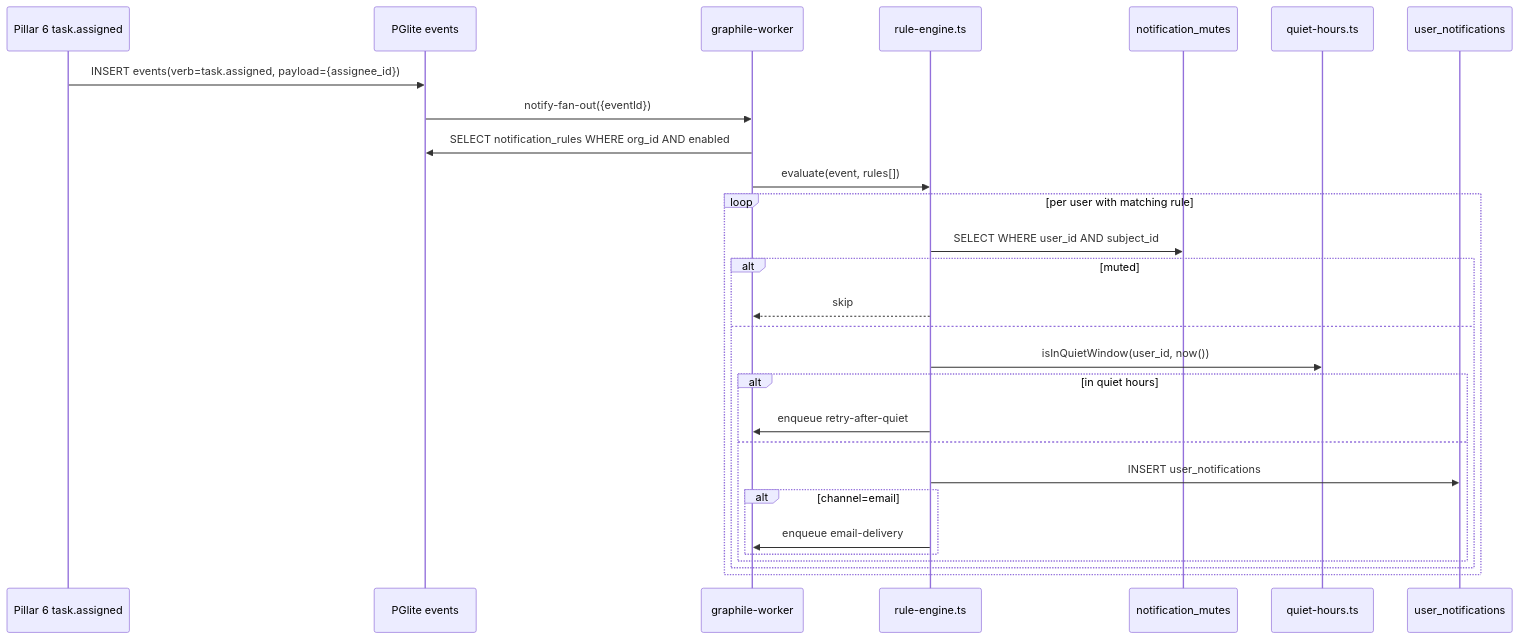
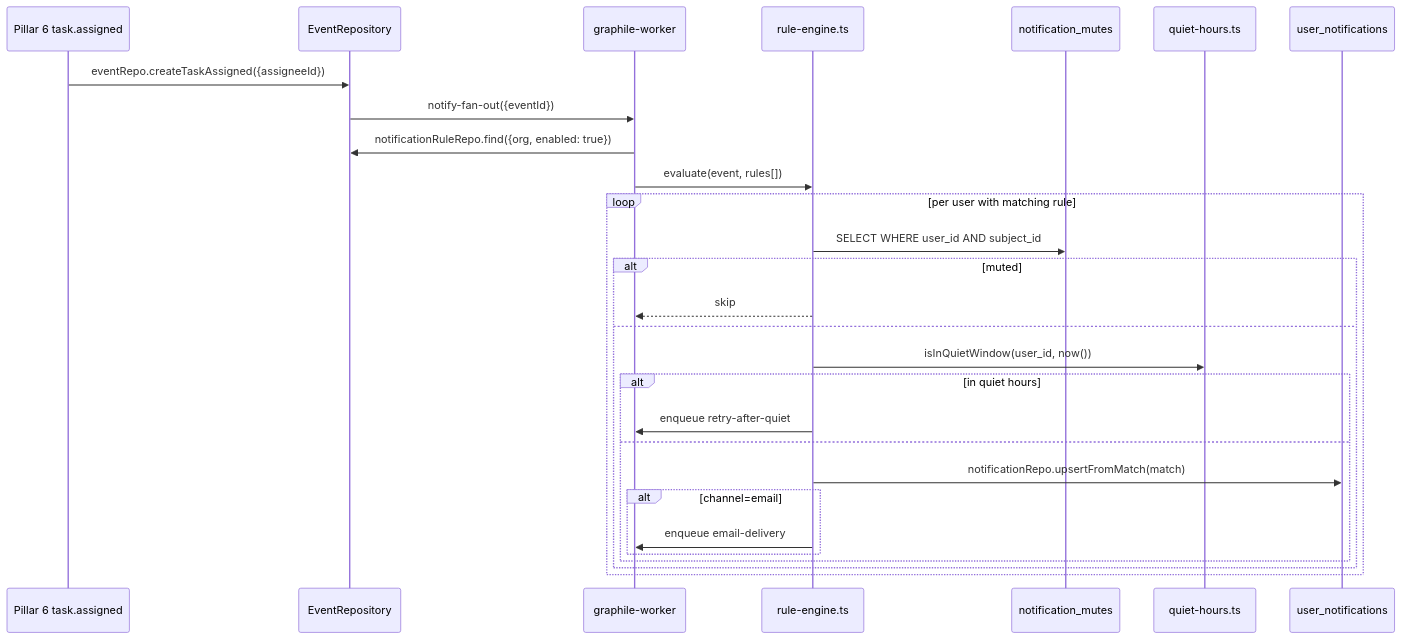
Before and after one commit to moabualruz/fulcrum: the second of 3 diagrams in .scratch/agent-os-vision/prds/12-notifications-activity-audit.md, drawn with Mermaid. The commit also changed other lines of this file and 31 other files, not shown here.

````diff
--- a/.scratch/agent-os-vision/prds/12-notifications-activity-audit.md
+++ b/.scratch/agent-os-vision/prds/12-notifications-activity-audit.md
@@ -277,31 +300,31 @@
 ```mermaid
 sequenceDiagram
     participant P6 as Pillar 6 task.assigned
-    participant DB as PGlite events
+    participant DB as EventRepository
     participant GW as graphile-worker
     participant RE as rule-engine.ts
     participant MUT as notification_mutes
     participant QH as quiet-hours.ts
     participant ND as user_notifications
 
-    P6->>DB: INSERT events(verb=task.assigned, payload={assignee_id})
+    P6->>DB: eventRepo.createTaskAssigned({assigneeId})
     DB->>GW: notify-fan-out({eventId})
-    GW->>DB: SELECT notification_rules WHERE org_id AND enabled
+    GW->>DB: notificationRuleRepo.find({org, enabled: true})
     GW->>RE: evaluate(event, rules[])
     loop per user with matching rule
         RE->>MUT: SELECT WHERE user_id AND subject_id
         alt muted
             RE-->>GW: skip
         else
             RE->>QH: isInQuietWindow(user_id, now())
             alt in quiet hours
                 RE->>GW: enqueue retry-after-quiet
             else
-                RE->>ND: INSERT user_notifications
+                RE->>ND: notificationRepo.upsertFromMatch(match)
                 alt channel=email
                     RE->>GW: enqueue email-delivery
                 end
             end
         end
     end
 ```
````
